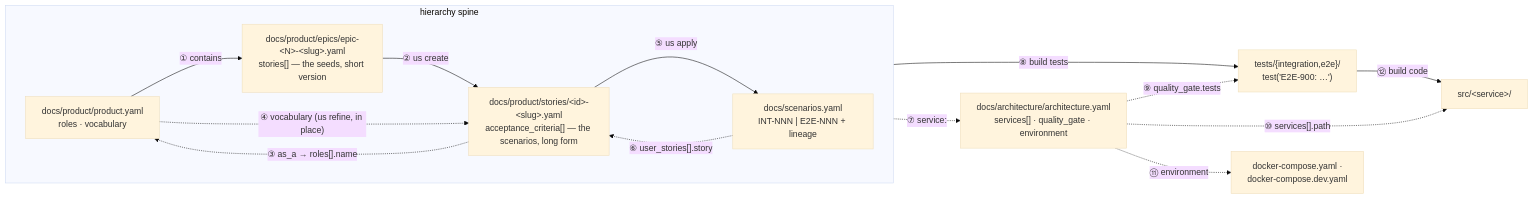
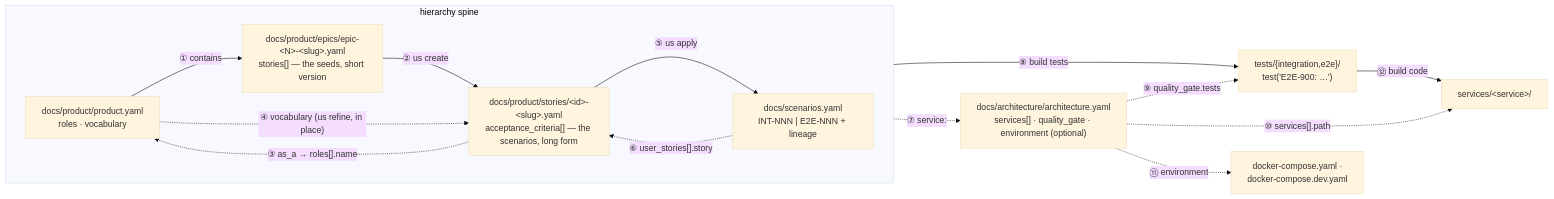
The diagram in docs/doc-universe.md (ondatra-ai/true-bdd), drawn with Mermaid (base theme) before and after one commit. The commit also changed other lines of this file and 10 other files, not shown here.

````diff
--- a/docs/doc-universe.md
+++ b/docs/doc-universe.md
@@ -71,29 +72,29 @@
 ```mermaid
 flowchart LR
   subgraph spine["hierarchy spine"]
     direction LR
     PRODUCT["docs/product/product.yaml<br/>roles · vocabulary"]
     EPIC["docs/product/epics/epic-&lt;N&gt;-&lt;slug&gt;.yaml<br/>stories[] — the seeds, short version"]
     STORY["docs/product/stories/&lt;id&gt;-&lt;slug&gt;.yaml<br/>acceptance_criteria[] — the scenarios, long form"]
     REG["docs/scenarios.yaml<br/>INT-NNN | E2E-NNN + lineage"]
     PRODUCT -- "① contains" --> EPIC
     EPIC -- "② us create" --> STORY
     STORY -- "⑤ us apply" --> REG
   end
 
   STORY -. "③ as_a → roles[].name" .-> PRODUCT
   PRODUCT -. "④ vocabulary (us refine, in place)" .-> STORY
   REG -. "⑥ user_stories[].story" .-> STORY
 
-  ARCH["docs/architecture/architecture.yaml<br/>services[] · quality_gate · environment"]
+  ARCH["docs/architecture/architecture.yaml<br/>services[] · quality_gate · environment (optional)"]
   TESTS["tests/{integration,e2e}/<br/>test('E2E-900: …')"]
-  SRC["src/&lt;service&gt;/"]
+  SRC["services/&lt;service&gt;/"]
   COMPOSE["docker-compose.yaml ·<br/>docker-compose.dev.yaml"]
 
   REG -- "⑧ build tests" --> TESTS
   TESTS -- "⑫ build code" --> SRC
   REG -. "⑦ service:" .-> ARCH
   ARCH -. "⑨ quality_gate.tests" .-> TESTS
   ARCH -. "⑩ services[].path" .-> SRC
   ARCH -. "⑪ environment" .-> COMPOSE
 ```
````
